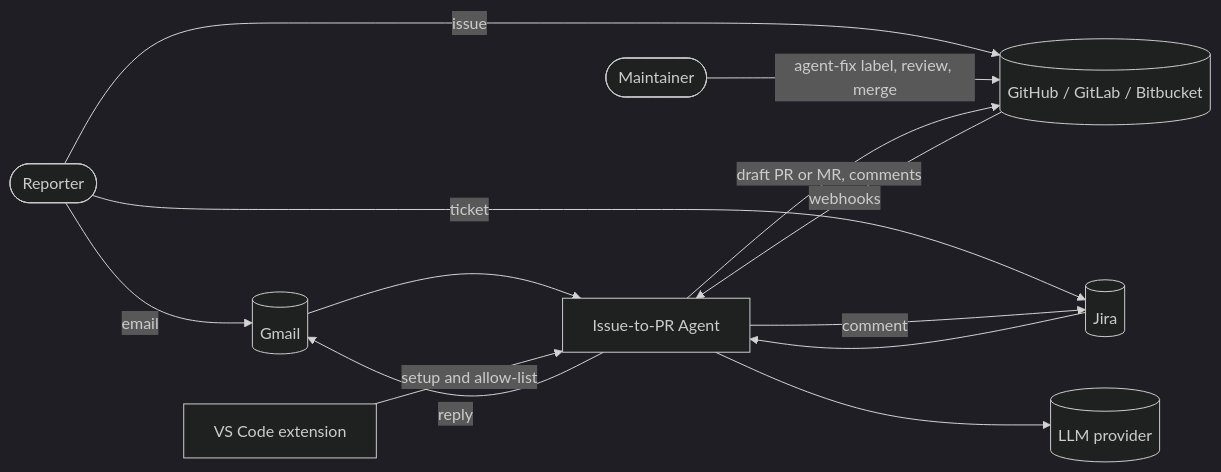
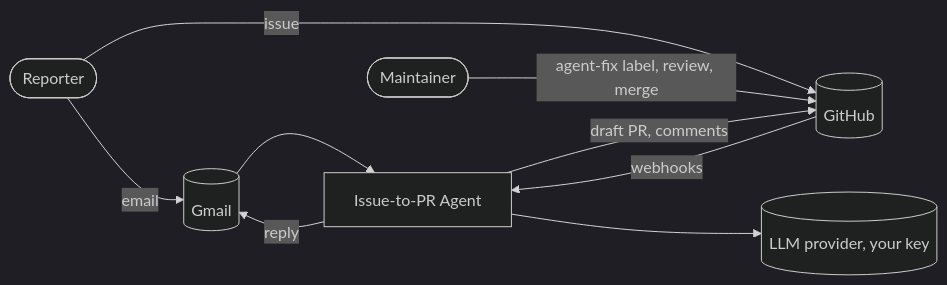
The diagram in README.md (SubashNadar/issue-to-pr-agent), drawn with Mermaid (dark theme) before and after one commit. The commit also changed other lines of this file and 19 other files, not shown here.

First line of the commit message:
Implement phase 1: trust layer and GitHub webhook receiver

````diff
--- a/README.md
+++ b/README.md
@@ -16,24 +51,18 @@
 ```mermaid
 flowchart LR
   Reporter([Reporter])
   Maintainer([Maintainer])
   Gmail[(Gmail)]
-  Jira[(Jira)]
-  Repo[(GitHub / GitLab / Bitbucket)]
-  LLM[(LLM provider)]
+  Repo[(GitHub)]
+  LLM[(LLM provider, your key)]
   Agent[Issue-to-PR Agent]
-  Ext[VS Code extension]
 
   Reporter -->|email| Gmail
-  Reporter -->|ticket| Jira
   Reporter -->|issue| Repo
   Maintainer -->|agent-fix label, review, merge| Repo
   Gmail --> Agent
-  Jira --> Agent
   Repo -->|webhooks| Agent
-  Agent -->|draft PR or MR, comments| Repo
-  Agent -->|comment| Jira
+  Agent -->|draft PR, comments| Repo
   Agent -->|reply| Gmail
   Agent --> LLM
-  Ext -->|setup and allow-list| Agent
 ```
````
